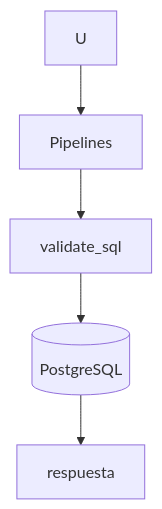
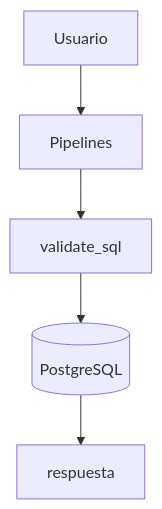
One commit to Ind50-UPM/2025-JP-GENESIS changed the diagram in TFM/Pipelines/enfoque_NL/readme.md. Above: the diagram before and after it, drawn with Mermaid.

````diff
--- a/TFM/Pipelines/enfoque_NL/readme.md
+++ b/TFM/Pipelines/enfoque_NL/readme.md
@@ -14,4 +14,4 @@
 ```mermaid
 flowchart TD
-U-->P[Pipelines]-->V[validate_sql]-->DB[(PostgreSQL)]-->R[respuesta]
+U[Usuario]-->P[Pipelines]-->V[validate_sql]-->DB[(PostgreSQL)]-->R[respuesta]
 ```
````
